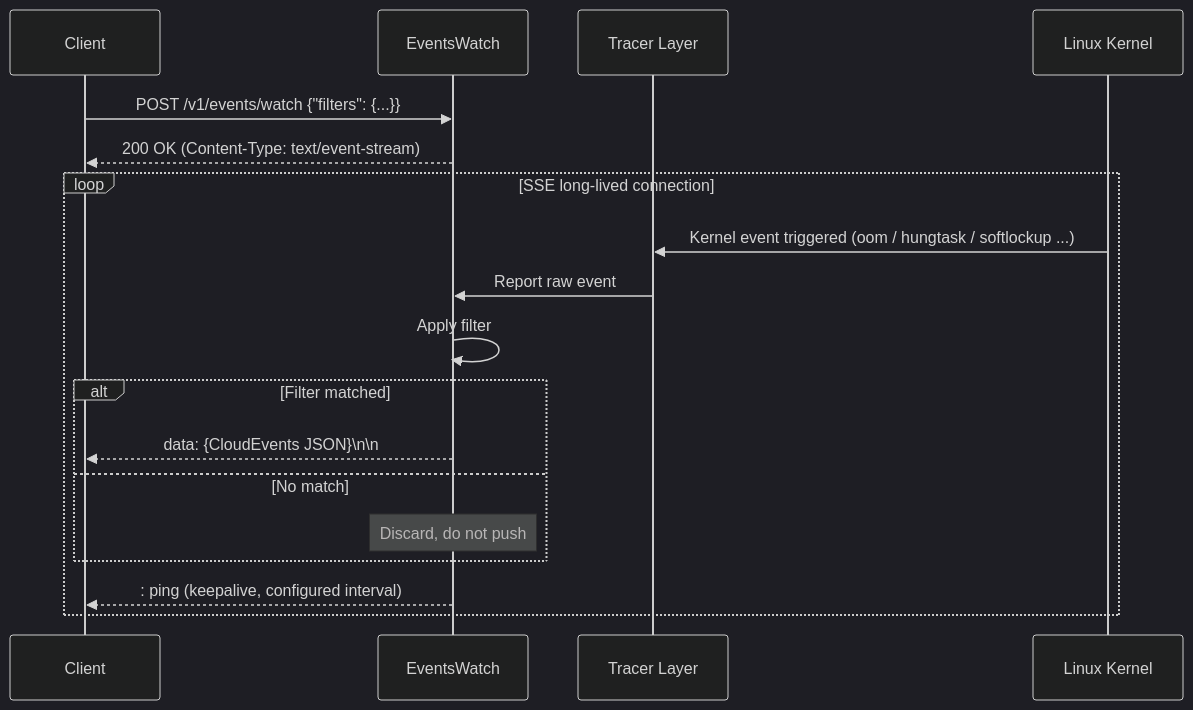
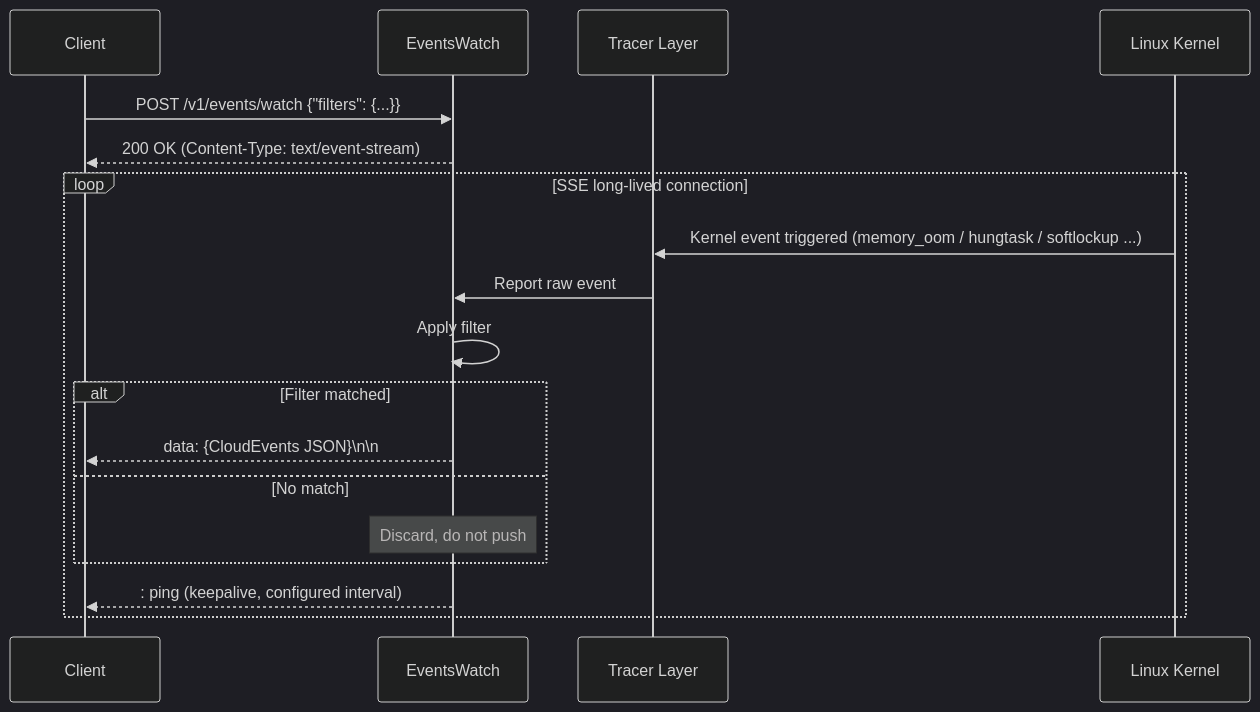
One commit to ccfos/huatuo changed the second of 3 diagrams in docs/best-practice/events-watch_en.md. Above: the diagram before and after it, drawn with Mermaid (dark theme). The commit also changed other lines of this file and 14 other files, not shown here.

First line of the commit message:
refactor(events): name OOM tracing by memory domain

````diff
--- a/docs/best-practice/events-watch_en.md
+++ b/docs/best-practice/events-watch_en.md
@@ -497,22 +497,22 @@
 ```mermaid
 sequenceDiagram
     participant C as Client
     participant EW as EventsWatch
     participant T as Tracer Layer
     participant K as Linux Kernel
 
     C->>EW: POST /v1/events/watch {"filters": {...}}
     EW-->>C: 200 OK (Content-Type: text/event-stream)
 
     loop SSE long-lived connection
-        K->>T: Kernel event triggered (oom / hungtask / softlockup ...)
+        K->>T: Kernel event triggered (memory_oom / hungtask / softlockup ...)
         T->>EW: Report raw event
         EW->>EW: Apply filter
         alt Filter matched
             EW-->>C: data: {CloudEvents JSON}\n\n
         else No match
             note over EW: Discard, do not push
         end
         EW-->>C: : ping (keepalive, configured interval)
     end
 ```
````
